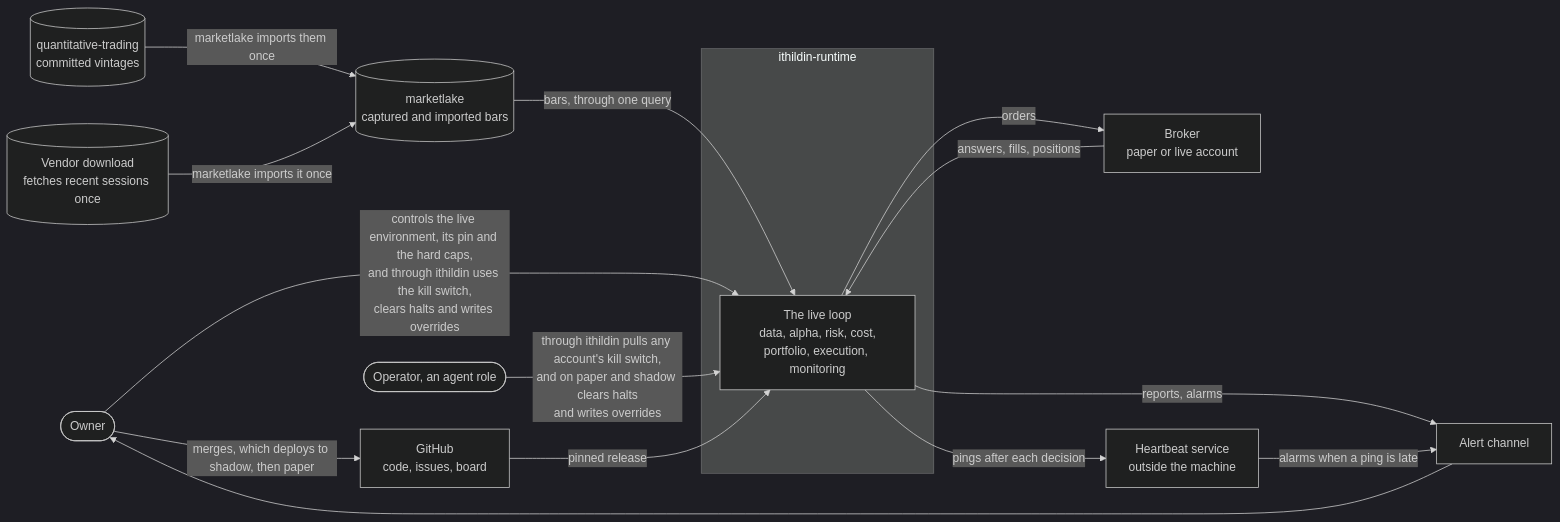
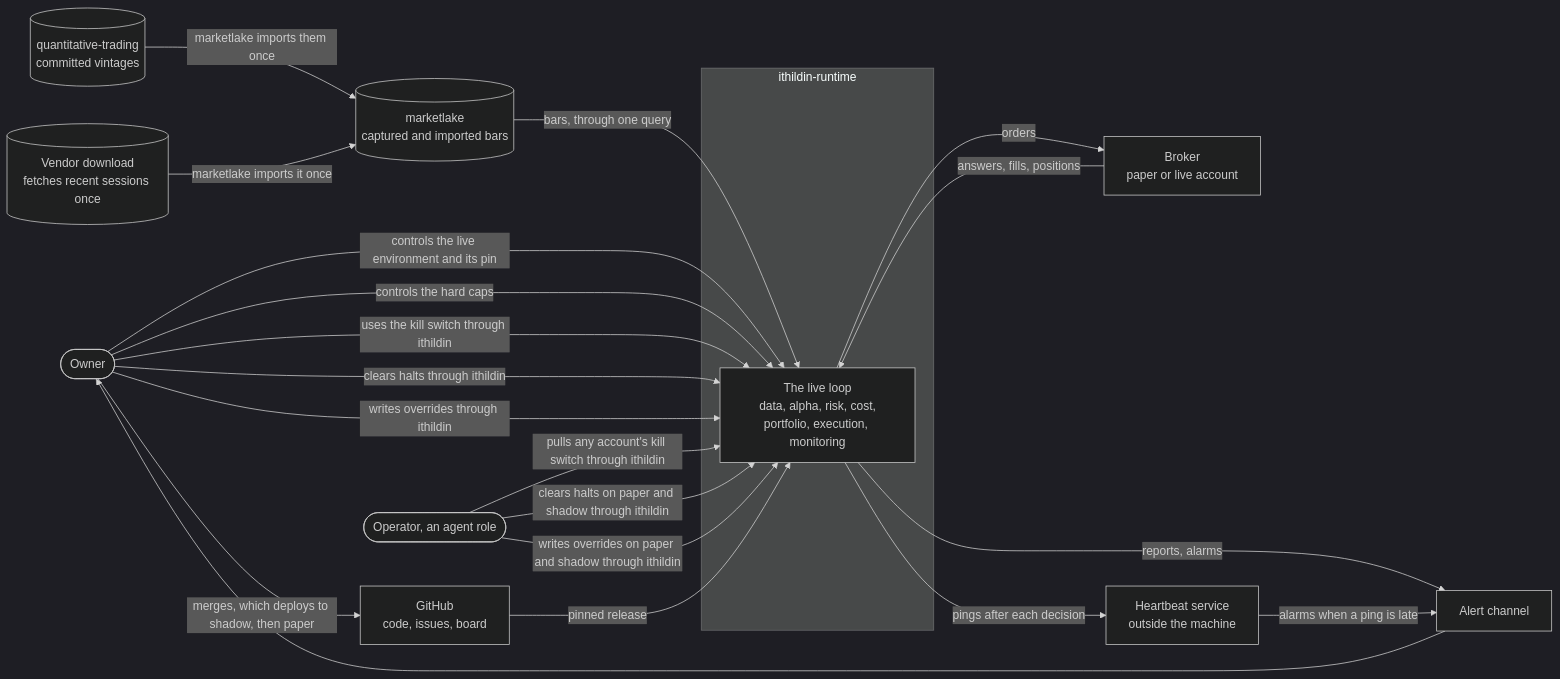
Before and after one commit to l3a0/ithildin-runtime: the first of 5 diagrams in docs/architecture/03-context-and-scope.md, drawn with Mermaid (dark theme). The commit also changed other lines of this file, not shown here.

Commit message:
docs(context-and-scope): give each control in the context diagram its own arrow
The owner's and the operator's arrows to the live loop each held three or
four controls in one label. Each control now has an arrow of its own, and a
sentence after the diagram says what `ithildin` is.

Part of #70

````diff
--- a/docs/architecture/03-context-and-scope.md
+++ b/docs/architecture/03-context-and-scope.md
@@ -22,29 +22,35 @@
 ```mermaid
 flowchart LR
     owner(["Owner"])
     operator(["Operator, an agent role"])
     subgraph platform["ithildin-runtime"]
         loop["The live loop<br/>data, alpha, risk, cost,<br/>portfolio, execution, monitoring"]
     end
     qt[("quantitative-trading<br/>committed vintages")]
     vendor[("Vendor download<br/>fetches recent sessions once")]
     lake[("marketlake<br/>captured and imported bars")]
     broker["Broker<br/>paper or live account"]
     alerts["Alert channel"]
     heartbeat["Heartbeat service<br/>outside the machine"]
     github["GitHub<br/>code, issues, board"]
 
     qt -->|"marketlake imports them once"| lake
     vendor -->|"marketlake imports it once"| lake
     lake -->|"bars, through one query"| loop
     loop -->|"orders"| broker
     broker -->|"answers, fills, positions"| loop
     loop -->|"reports, alarms"| alerts
     loop -->|"pings after each decision"| heartbeat
     heartbeat -->|"alarms when a ping is late"| alerts
     alerts --> owner
-    owner -->|"controls the live environment, its pin and the hard caps,<br/>and through ithildin uses the kill switch,<br/>clears halts and writes overrides"| loop
-    operator -->|"through ithildin pulls any account's kill switch,<br/>and on paper and shadow clears halts<br/>and writes overrides"| loop
+    owner -->|"controls the live environment and its pin"| loop
+    owner -->|"controls the hard caps"| loop
+    owner -->|"uses the kill switch through ithildin"| loop
+    owner -->|"clears halts through ithildin"| loop
+    owner -->|"writes overrides through ithildin"| loop
+    operator -->|"pulls any account's kill switch through ithildin"| loop
+    operator -->|"clears halts on paper and shadow through ithildin"| loop
+    operator -->|"writes overrides on paper and shadow through ithildin"| loop
     owner -->|"merges, which deploys to shadow, then paper"| github
     github -->|"pinned release"| loop
 ```
````
